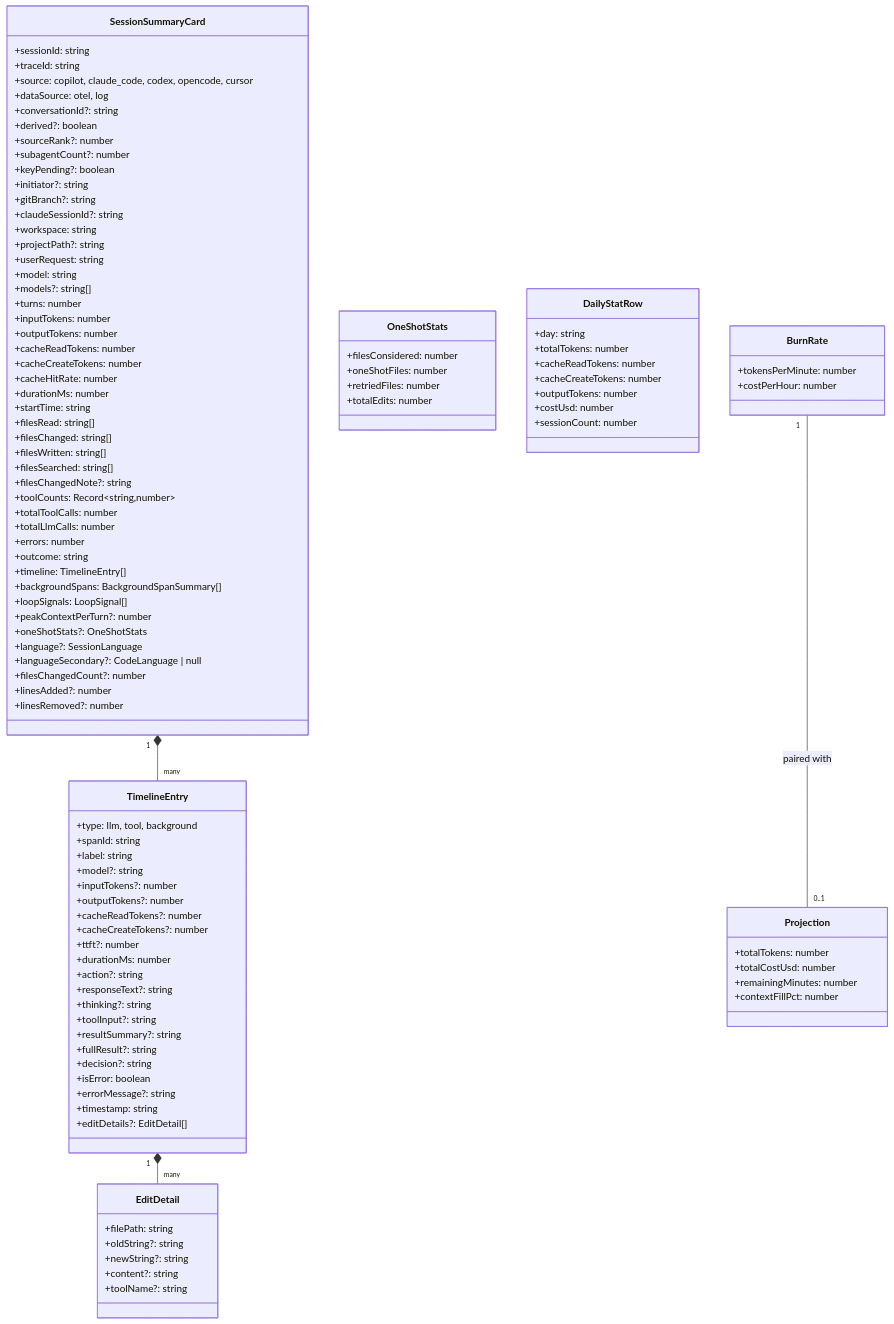
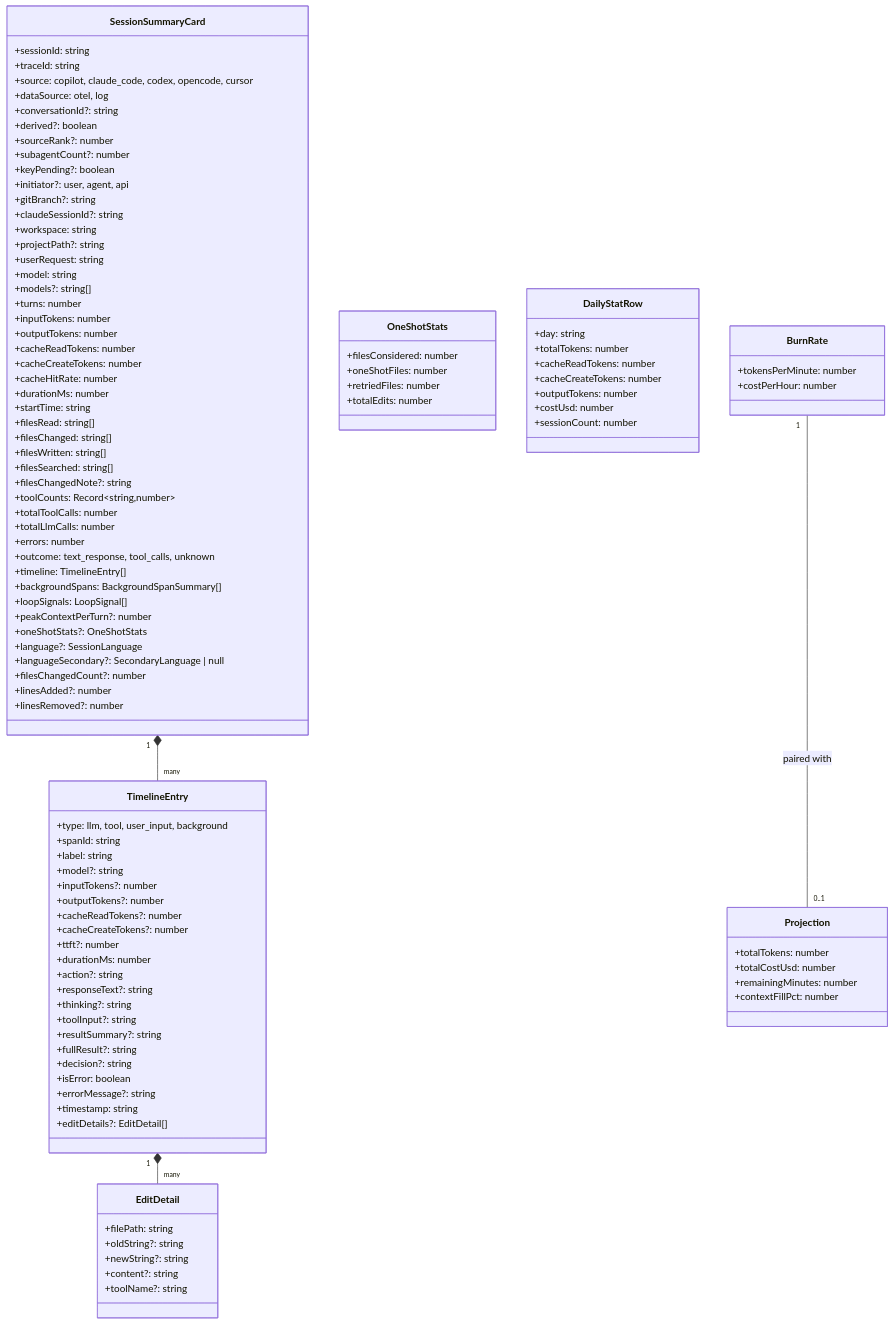
Diagram 12 of 20 in ARCHITECTURE.md (traceroost/core), drawn with Mermaid before and after one commit. The commit also changed other lines of this file, not shown here.

First line of the commit message:
Docs: audit ARCHITECTURE.md §§9–15 and the File Map against the code

```diff
--- a/ARCHITECTURE.md
+++ b/ARCHITECTURE.md
@@ -684,7 +684,7 @@
         +sourceRank?: number
         +subagentCount?: number
         +keyPending?: boolean
-        +initiator?: string
+        +initiator?: user, agent, api
         +gitBranch?: string
         +claudeSessionId?: string
         +workspace: string
@@ -709,14 +709,14 @@
         +totalToolCalls: number
         +totalLlmCalls: number
         +errors: number
-        +outcome: string
+        +outcome: text_response, tool_calls, unknown
         +timeline: TimelineEntry[]
         +backgroundSpans: BackgroundSpanSummary[]
         +loopSignals: LoopSignal[]
         +peakContextPerTurn?: number
         +oneShotStats?: OneShotStats
         +language?: SessionLanguage
-        +languageSecondary?: CodeLanguage | null
+        +languageSecondary?: SecondaryLanguage | null
         +filesChangedCount?: number
         +linesAdded?: number
         +linesRemoved?: number
@@ -730,7 +730,7 @@
     }
 
     class TimelineEntry {
-        +type: llm, tool, background
+        +type: llm, tool, user_input, background
         +spanId: string
         +label: string
         +model?: string
```
